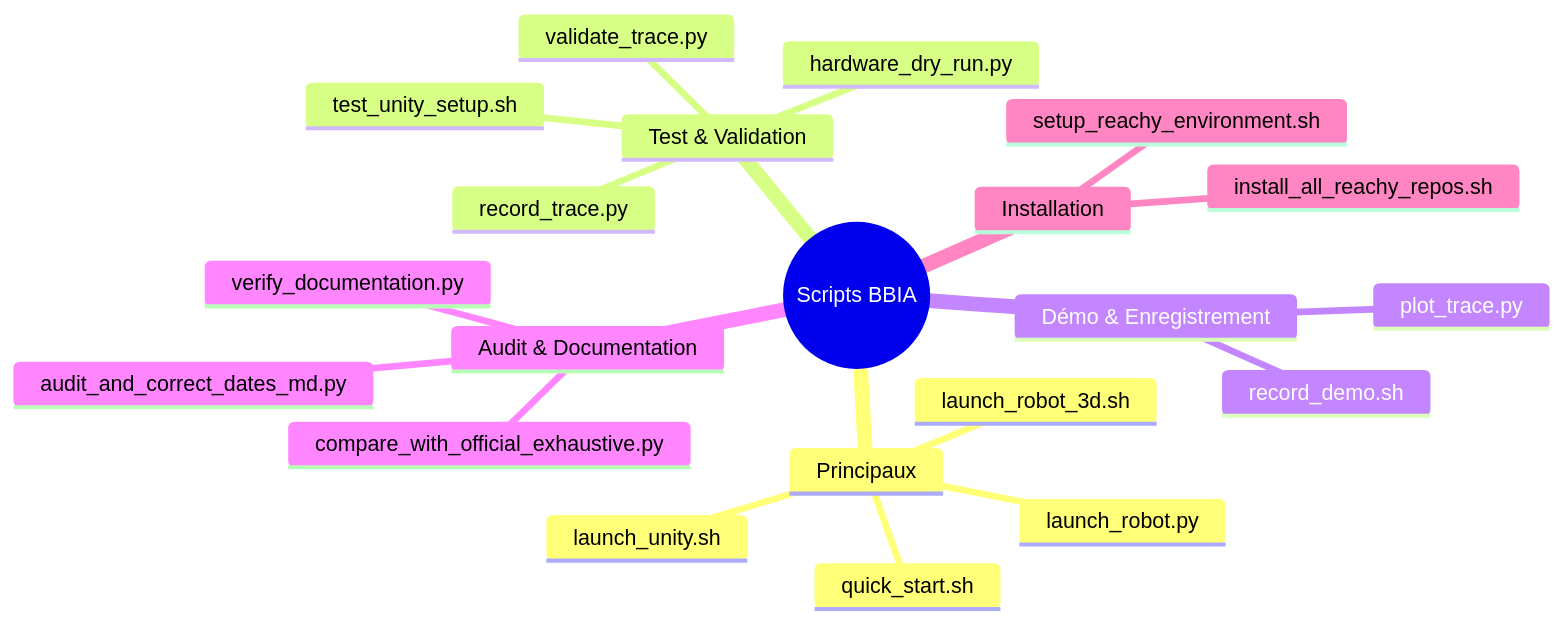
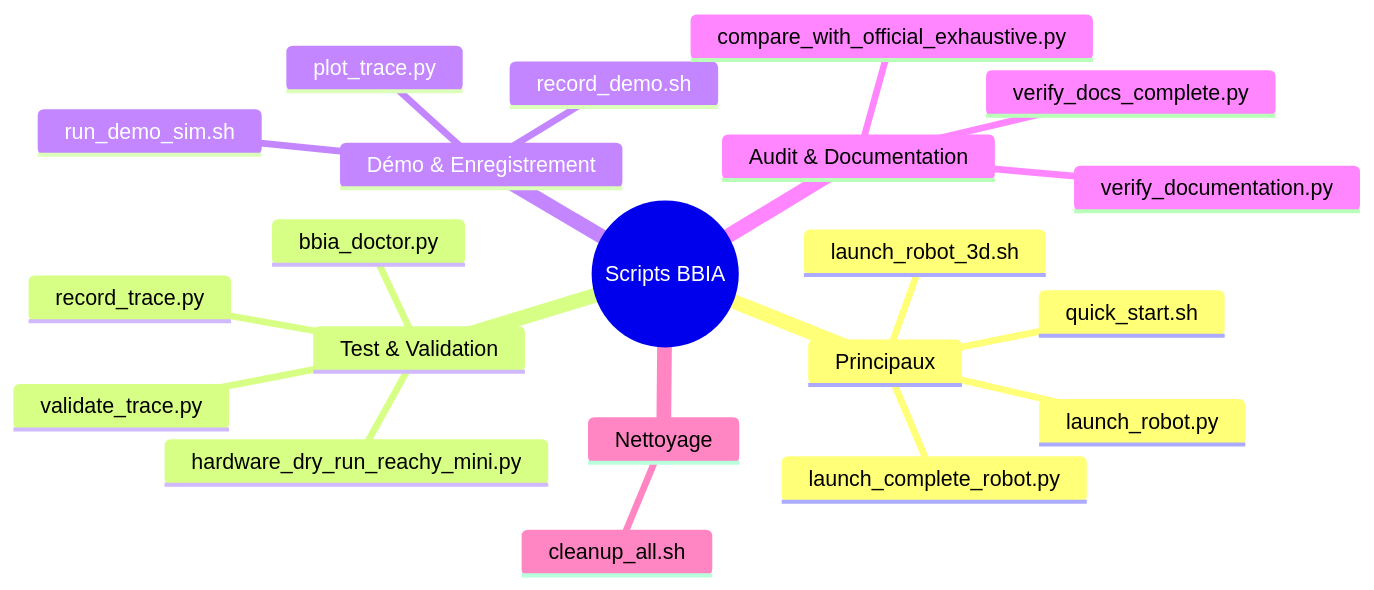
One commit to arkalia-luna-system/bbia-sim changed the first of 2 diagrams in scripts/README.md. Above: the diagram before and after it, drawn with Mermaid. The commit also changed other lines of this file and 7 other files, not shown here.

First line of the commit message:
chore(hygiene): aligner docs scripts et symlink launch_robot

````diff
--- a/scripts/README.md
+++ b/scripts/README.md
@@ -14,24 +17,24 @@
 ```mermaid
 mindmap
   root((Scripts BBIA))
     Principaux
       quick_start.sh
-      launch_unity.sh
       launch_robot_3d.sh
       launch_robot.py
+      launch_complete_robot.py
     Test & Validation
-      hardware_dry_run.py
+      hardware_dry_run_reachy_mini.py
+      bbia_doctor.py
       record_trace.py
       validate_trace.py
-      test_unity_setup.sh
     Démo & Enregistrement
+      run_demo_sim.sh
       record_demo.sh
       plot_trace.py
     Audit & Documentation
+      verify_docs_complete.py
+      verify_documentation.py
       compare_with_official_exhaustive.py
-      audit_and_correct_dates_md.py
-      verify_documentation.py
-    Installation
-      install_all_reachy_repos.sh
-      setup_reachy_environment.sh
+    Nettoyage
+      cleanup_all.sh
 ```
````
